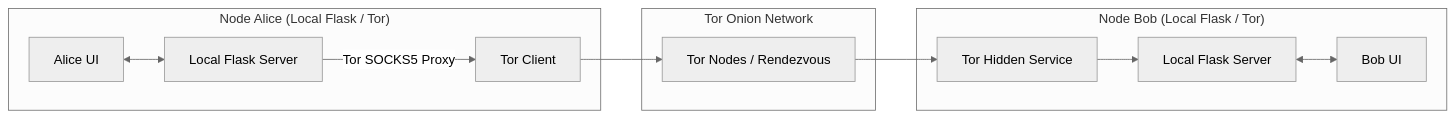
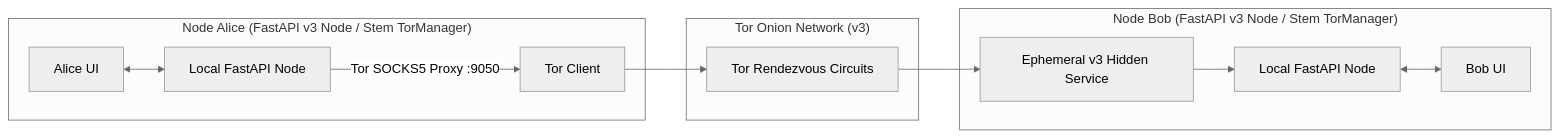
Before and after one commit to aryansinghnagar/AnonyMus: the second of 2 diagrams in docs/architecture/overview.md, drawn with Mermaid (neutral theme). The commit also changed other lines of this file and 15 other files, not shown here.

First line of the commit message:
docs: declutter repository and synchronize documentation with v3 architecture

````diff
--- a/docs/architecture/overview.md
+++ b/docs/architecture/overview.md
@@ -39,19 +39,19 @@
 ```mermaid
 graph LR
-    subgraph "Node Alice (Local Flask / Tor)"
-        A_UI[Alice UI] <--> A_Srv[Local Flask Server]
-        A_Srv -->|Tor SOCKS5 Proxy| A_Tor[Tor Client]
+    subgraph "Node Alice (FastAPI v3 Node / Stem TorManager)"
+        A_UI[Alice UI] <--> A_Srv[Local FastAPI Node]
+        A_Srv -->|Tor SOCKS5 Proxy :9050| A_Tor[Tor Client]
     end
 
-    subgraph "Tor Onion Network"
-        Tor_Net[Tor Nodes / Rendezvous]
+    subgraph "Tor Onion Network (v3)"
+        Tor_Net[Tor Rendezvous Circuits]
     end
 
-    subgraph "Node Bob (Local Flask / Tor)"
-        B_Tor[Tor Hidden Service] --> B_Srv[Local Flask Server]
+    subgraph "Node Bob (FastAPI v3 Node / Stem TorManager)"
+        B_Tor[Ephemeral v3 Hidden Service] --> B_Srv[Local FastAPI Node]
         B_Srv <--> B_UI[Bob UI]
     end
 
     A_Tor --> Tor_Net
     Tor_Net --> B_Tor
 ```
````
